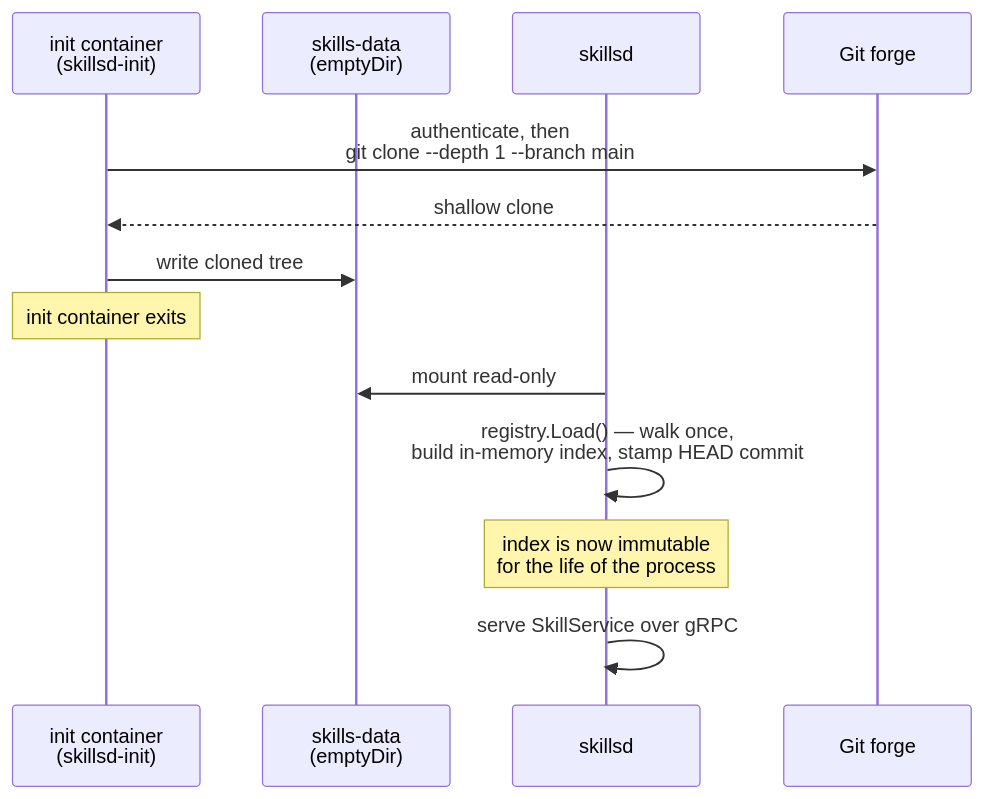
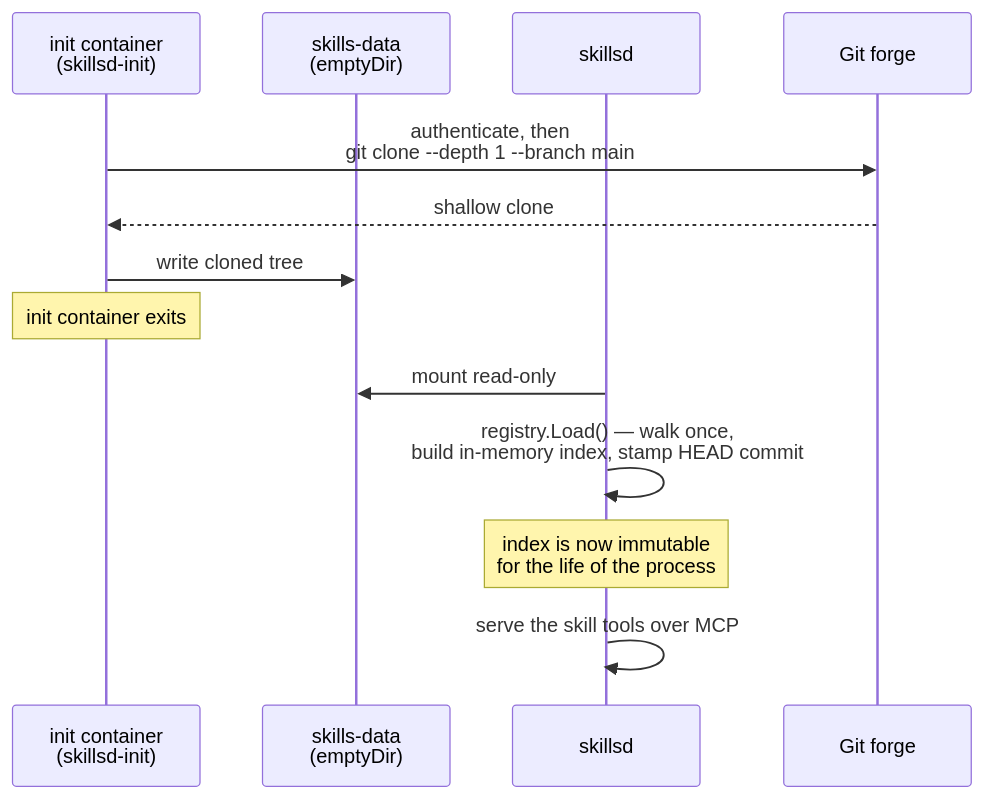
Before and after one commit to araghukas/skillset: the diagram in docs/skillsd.md, drawn with Mermaid. The commit also changed other lines of this file and 4 other files, not shown here.

````diff
--- a/docs/skillsd.md
+++ b/docs/skillsd.md
@@ -22,16 +22,16 @@
 ```mermaid
 sequenceDiagram
     participant Init as init container<br/>(skillsd-init)
     participant Vol as skills-data<br/>(emptyDir)
     participant Main as skillsd
     participant GH as Git forge
 
     Init->>GH: authenticate, then<br/>git clone --depth 1 --branch main
     GH-->>Init: shallow clone
     Init->>Vol: write cloned tree
     Note over Init: init container exits
     Main->>Vol: mount read-only
     Main->>Main: registry.Load() — walk once,<br/>build in-memory index, stamp HEAD commit
     Note over Main: index is now immutable<br/>for the life of the process
-    Main->>Main: serve SkillService over gRPC
+    Main->>Main: serve the skill tools over MCP
 ```
````
